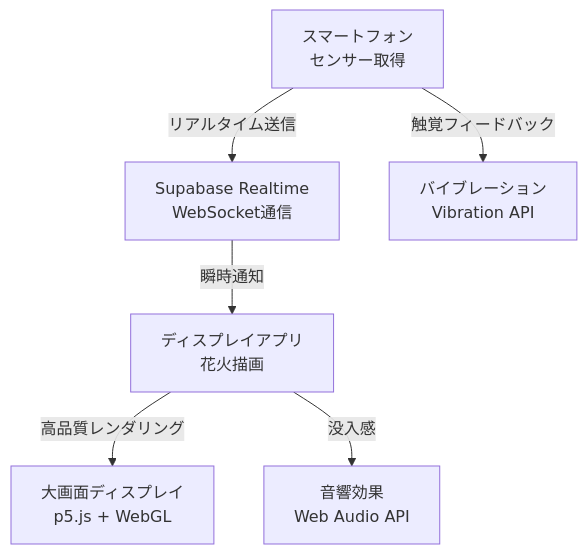
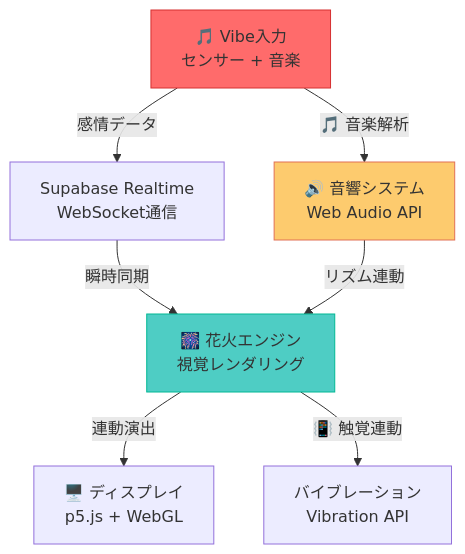
Before and after one commit to 4geru/ai-hachathon-2025-07-12: the second of 5 diagrams in docs/11-marp-presentation.md, drawn with Mermaid. The commit also changed other lines of this file and 12 other files, not shown here.

````diff
--- a/docs/11-marp-presentation.md
+++ b/docs/11-marp-presentation.md
@@ -74,8 +154,13 @@
-```mermaid
+<div class="mermaid">
 graph TD
-    A[スマートフォン<br/>センサー取得] -->|リアルタイム送信| B[Supabase Realtime<br/>WebSocket通信]
-    B -->|瞬時通知| C[ディスプレイアプリ<br/>花火描画]
-    C -->|高品質レンダリング| D[大画面ディスプレイ<br/>p5.js + WebGL]
-    A -->|触覚フィードバック| E[バイブレーション<br/>Vibration API]
-    C -->|没入感| F[音響効果<br/>Web Audio API]
-```
+    A[🎵 Vibe入力<br/>センサー + 音楽] -->|感情データ| B[Supabase Realtime<br/>WebSocket通信]
+    B -->|瞬時同期| C[🎆 花火エンジン<br/>視覚レンダリング]
+    C -->|連動演出| D[🖥️ ディスプレイ<br/>p5.js + WebGL]
+    A -->|🎵 音楽解析| E[🔊 音響システム<br/>Web Audio API]
+    E -->|リズム連動| C
+    C -->|📳 触覚連動| F[バイブレーション<br/>Vibration API]
+    
+    style A fill:#ff6b6b,stroke:#d63031
+    style C fill:#4ecdc4,stroke:#00b894
+    style E fill:#fdcb6e,stroke:#e17055
+</div>
````
